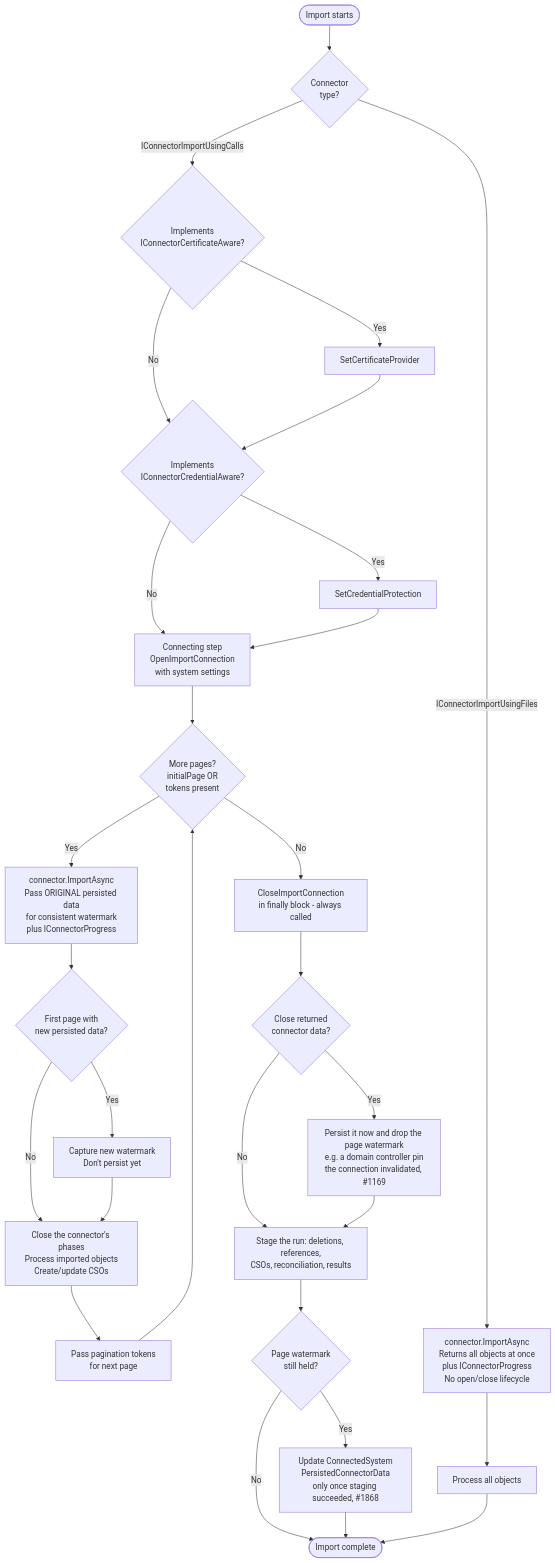
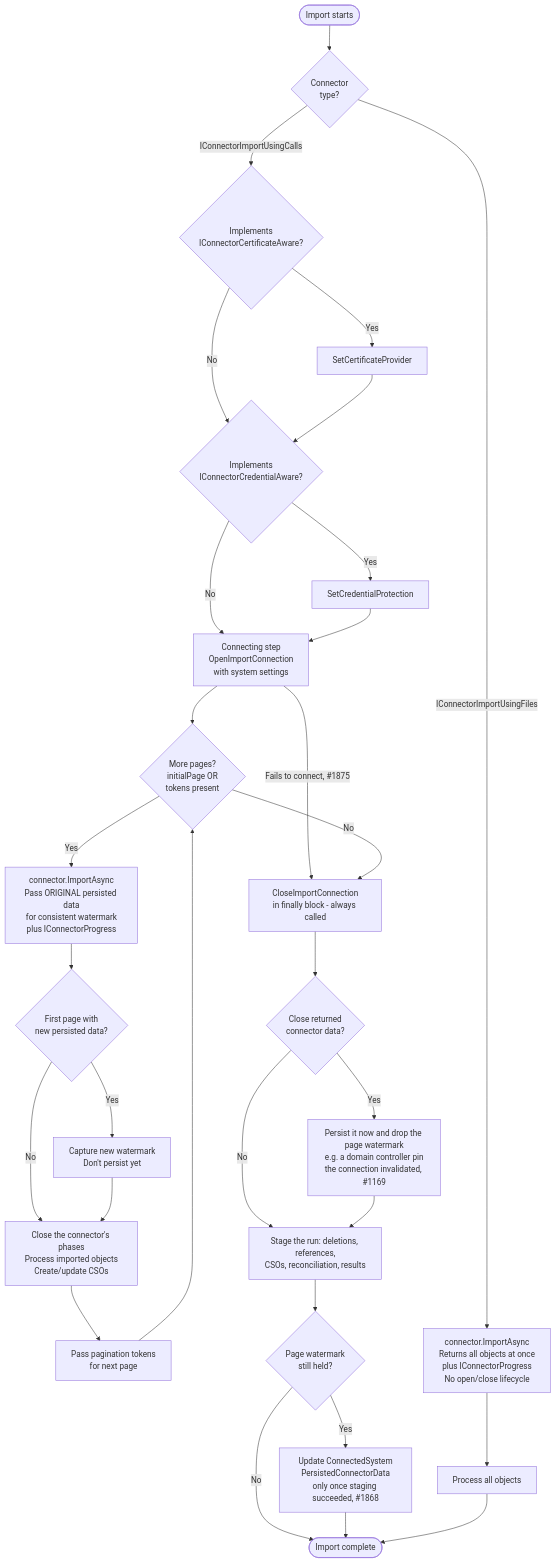
Before and after one commit to TetronIO/JIM: the third of 7 diagrams in docs/developer/diagrams/CONNECTOR_LIFECYCLE.md, drawn with Mermaid. The commit also changed other lines of this file and 7 other files, not shown here.

First line of the commit message:
fix(connectors): close a connection that fails to open, so a pin it invalidated is persisted

````diff
--- a/docs/developer/diagrams/CONNECTOR_LIFECYCLE.md
+++ b/docs/developer/diagrams/CONNECTOR_LIFECYCLE.md
@@ -63,37 +63,38 @@
 ```mermaid
 flowchart TD
     Start([Import starts]) --> CheckType{Connector<br/>type?}
 
     %% --- Call-based connector ---
     CheckType -->|IConnectorImportUsingCalls| InjectCert{Implements<br/>IConnectorCertificateAware?}
     InjectCert -->|Yes| SetCert[SetCertificateProvider]
     InjectCert -->|No| InjectCred
     SetCert --> InjectCred{Implements<br/>IConnectorCredentialAware?}
     InjectCred -->|Yes| SetCred[SetCredentialProtection]
     InjectCred -->|No| Open
     SetCred --> Open[Connecting step<br/>OpenImportConnection<br/>with system settings]
 
     Open --> PageLoop{More pages?<br/>initialPage OR<br/>tokens present}
+    Open -->|Fails to connect, #1875| Close
     PageLoop -->|Yes| CallImport[connector.ImportAsync<br/>Pass ORIGINAL persisted data<br/>for consistent watermark<br/>plus IConnectorProgress]
     CallImport --> CaptureWatermark{First page with<br/>new persisted data?}
     CaptureWatermark -->|Yes| SaveNewWatermark[Capture new watermark<br/>Don't persist yet]
     CaptureWatermark -->|No| ProcessPage
     SaveNewWatermark --> ProcessPage[Close the connector's phases<br/>Process imported objects<br/>Create/update CSOs]
     ProcessPage --> NextPage[Pass pagination tokens<br/>for next page]
     NextPage --> PageLoop
 
     PageLoop -->|No| Close[CloseImportConnection<br/>in finally block - always called]
     Close --> CloseData{Close returned<br/>connector data?}
     CloseData -->|Yes| PersistClose[Persist it now and drop the page watermark<br/>e.g. a domain controller pin<br/>the connection invalidated, #1169]
     CloseData -->|No| Stage[Stage the run: deletions, references,<br/>CSOs, reconciliation, results]
     PersistClose --> Stage
     Stage --> PersistWM{Page watermark<br/>still held?}
     PersistWM -->|Yes| UpdateCS[Update ConnectedSystem<br/>PersistedConnectorData<br/>only once staging succeeded, #1868]
     PersistWM -->|No| Done([Import complete])
     UpdateCS --> Done
 
     %% --- File-based connector ---
     CheckType -->|IConnectorImportUsingFiles| FileImport[connector.ImportAsync<br/>Returns all objects at once<br/>plus IConnectorProgress<br/>No open/close lifecycle]
     FileImport --> FileProcess[Process all objects]
     FileProcess --> Done
 ```
````
